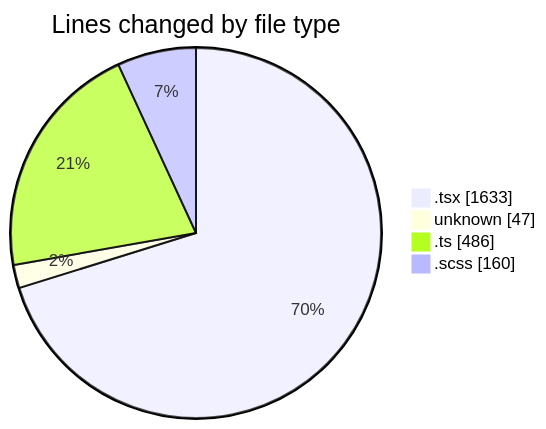
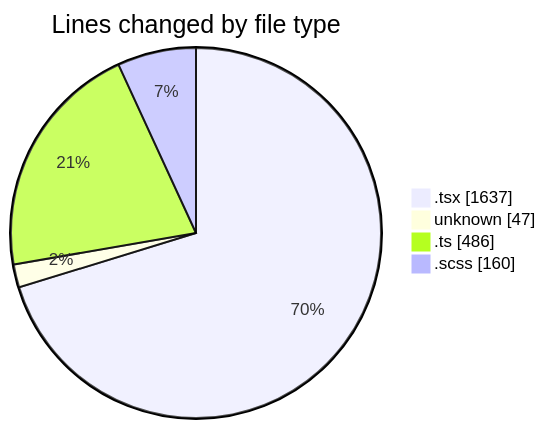
One commit to momahboobian/code-tracking changed the first of 2 diagrams in 2025-09-18/cda/README.md. Above: the diagram before and after it, drawn with Mermaid. The commit also changed other lines of this file and 1 other file, not shown here.

````diff
--- a/2025-09-18/cda/README.md
+++ b/2025-09-18/cda/README.md
@@ -25,8 +25,8 @@
 ```mermaid
 pie showData
 title Lines changed by file type
-".tsx" : 1633
+".tsx" : 1637
 "unknown" : 47
 ".ts" : 486
 ".scss" : 160
 ```
````
